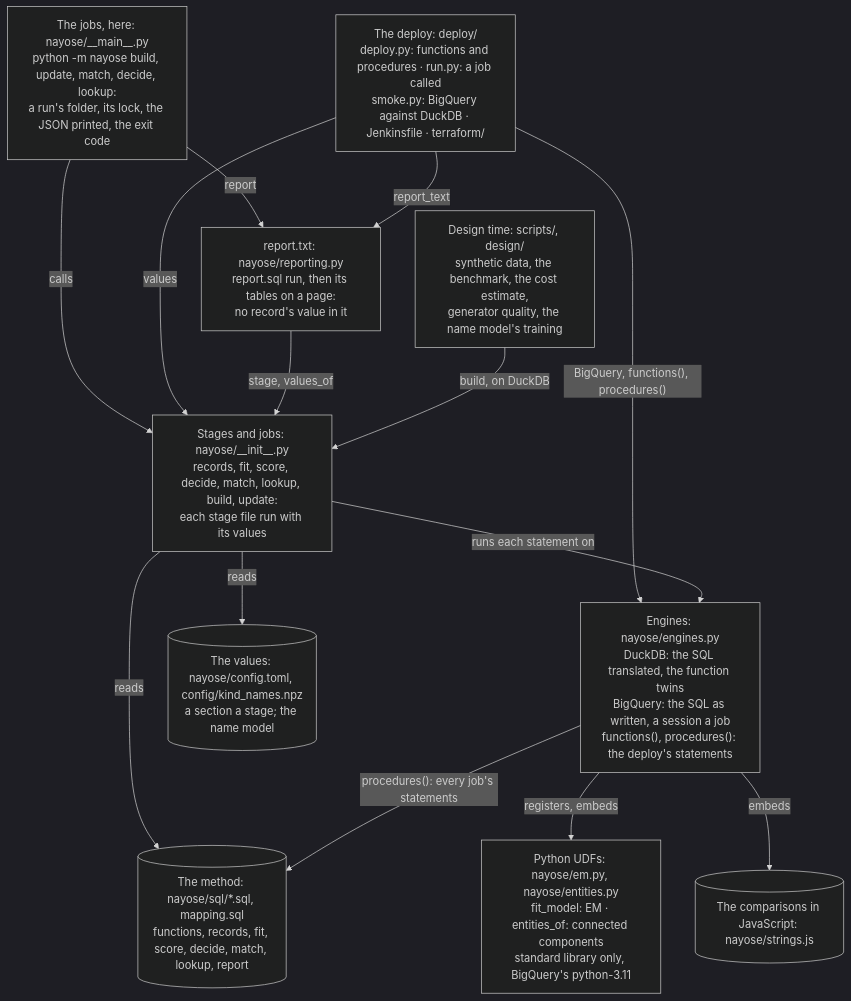
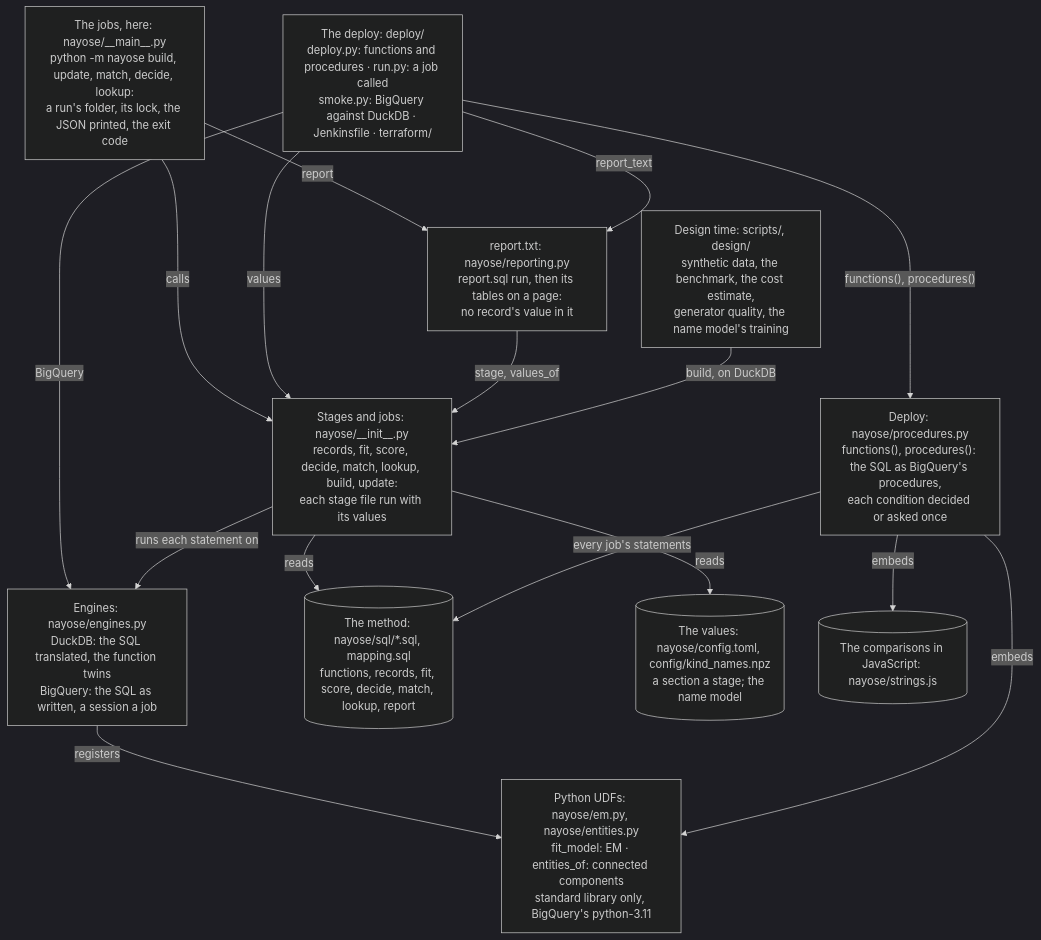
Before and after one commit to mvsbm/entity_matching: the second of 3 diagrams in docs/architecture.md, drawn with Mermaid (dark theme). The commit also changed other lines of this file and 13 other files, not shown here.

````diff
--- a/docs/architecture.md
+++ b/docs/architecture.md
@@ -71,26 +72,29 @@
 ```mermaid
 flowchart TB
   cli["The jobs, here: nayose/__main__.py<br/>python -m nayose build, update, match, decide, lookup:<br/>a run's folder, its lock, the JSON printed, the exit code"]
   deploy["The deploy: deploy/<br/>deploy.py: functions and procedures · run.py: a job called<br/>smoke.py: BigQuery against DuckDB · Jenkinsfile · terraform/"]
   tools["Design time: scripts/, design/<br/>synthetic data, the benchmark, the cost estimate,<br/>generator quality, the name model's training"]
   stages["Stages and jobs: nayose/__init__.py<br/>records, fit, score, decide, match, lookup, build, update:<br/>each stage file run with its values"]
   reporting["report.txt: nayose/reporting.py<br/>report.sql run, then its tables on a page:<br/>no record's value in it"]
-  engines["Engines: nayose/engines.py<br/>DuckDB: the SQL translated, the function twins<br/>BigQuery: the SQL as written, a session a job<br/>functions(), procedures(): the deploy's statements"]
+  engines["Engines: nayose/engines.py<br/>DuckDB: the SQL translated, the function twins<br/>BigQuery: the SQL as written, a session a job"]
+  procedures["Deploy: nayose/procedures.py<br/>functions(), procedures(): the SQL as BigQuery's procedures,<br/>each condition decided or asked once"]
   udfs["Python UDFs: nayose/em.py, nayose/entities.py<br/>fit_model: EM · entities_of: connected components<br/>standard library only, BigQuery's python-3.11"]
   sql[("The method: nayose/sql/*.sql, mapping.sql<br/>functions, records, fit, score, decide, match, lookup, report")]
   values[("The values: nayose/config.toml, config/kind_names.npz<br/>a section a stage; the name model")]
   js[("The comparisons in JavaScript: nayose/strings.js")]
   cli -->|"calls"| stages
   cli -->|"report"| reporting
-  deploy -->|"BigQuery, functions(), procedures()"| engines
+  deploy -->|"BigQuery"| engines
+  deploy -->|"functions(), procedures()"| procedures
   deploy -->|"values"| stages
   deploy -->|"report_text"| reporting
   reporting -->|"stage, values_of"| stages
   tools -->|"build, on DuckDB"| stages
   stages -->|"reads"| sql
   stages -->|"reads"| values
   stages -->|"runs each statement on"| engines
-  engines -->|"registers, embeds"| udfs
-  engines -->|"embeds"| js
-  engines -->|"procedures(): every job's statements"| sql
+  engines -->|"registers"| udfs
+  procedures -->|"embeds"| udfs
+  procedures -->|"embeds"| js
+  procedures -->|"every job's statements"| sql
 ```
````
